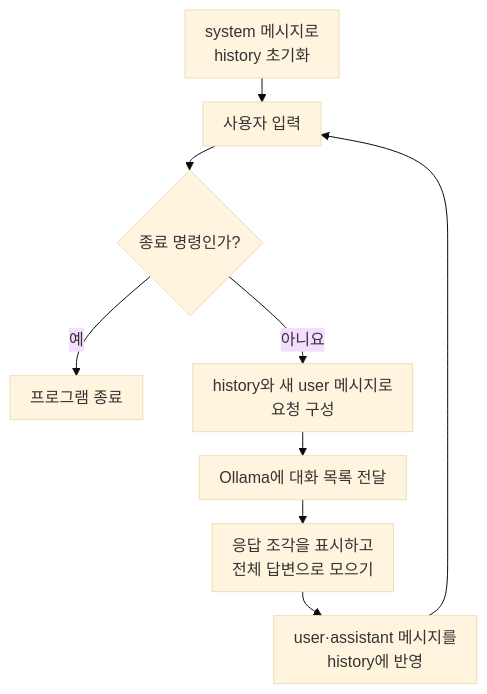
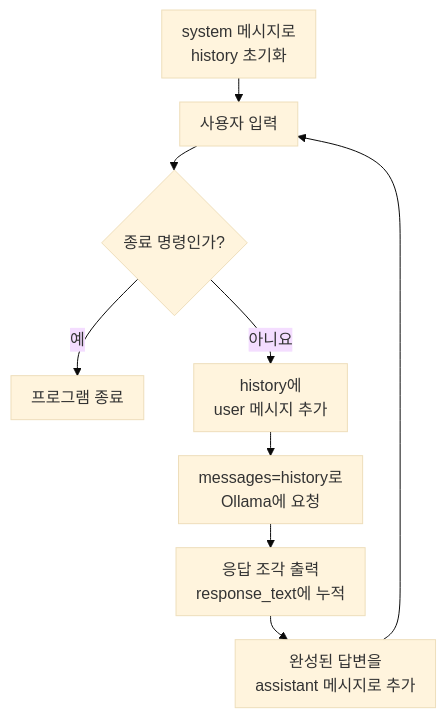
Before and after one commit to YoungsPlace/youngsplace.github.io: the seventh of 7 diagrams in content/local-ai-models-on-a-mac/week-02/index.md, drawn with Mermaid (base theme). The commit also changed other lines of this file and 3 other files, not shown here.

```diff
--- a/content/local-ai-models-on-a-mac/week-02/index.md
+++ b/content/local-ai-models-on-a-mac/week-02/index.md
@@ -830,12 +844,12 @@
 {{< mermaid >}}
 %%{init: {"flowchart": {"rankSpacing": 24, "padding": 10}}}%%
 flowchart TD
     S["system 메시지로<br>history 초기화"] --> I["사용자 입력"]
     I --> Q{"종료 명령인가?"}
     Q -->|"예"| E["프로그램 종료"]
-    Q -->|"아니요"| U["history와 새 user 메시지로<br>요청 구성"]
-    U --> M["Ollama에 대화 목록 전달"]
-    M --> R["응답 조각을 표시하고<br>전체 답변으로 모으기"]
-    R --> A["user·assistant 메시지를<br>history에 반영"]
+    Q -->|"아니요"| U["history에<br>user 메시지 추가"]
+    U --> M["messages=history로<br>Ollama에 요청"]
+    M --> R["응답 조각 출력<br>response_text에 누적"]
+    R --> A["완성된 답변을<br>assistant 메시지로 추가"]
     A --> I
 {{< /mermaid >}}
```
